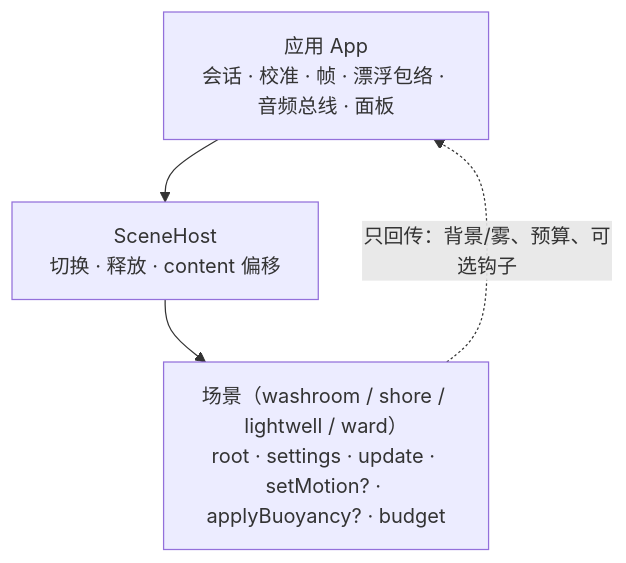
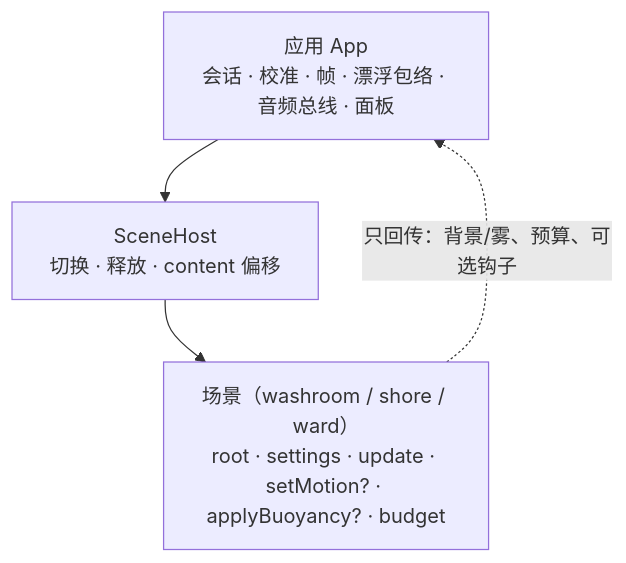
One commit to fire-disposal/quiet-shore-vr changed the diagram in docs/scenes.md. Above: the diagram before and after it, drawn with Mermaid. The commit also changed other lines of this file and 58 other files, not shown here.

````diff
--- a/docs/scenes.md
+++ b/docs/scenes.md
@@ -12,8 +12,8 @@
 ```mermaid
 flowchart TB
   A["应用 App<br/>会话 · 校准 · 帧 · 漂浮包络 · 音频总线 · 面板"]
   B["SceneHost<br/>切换 · 释放 · content 偏移"]
-  S["场景（washroom / shore / lightwell / ward）<br/>root · settings · update · setMotion? · applyBuoyancy? · budget"]
+  S["场景（washroom / shore / ward）<br/>root · settings · update · setMotion? · applyBuoyancy? · budget"]
   A --> B --> S
   S -.->|"只回传：背景/雾、预算、可选钩子"| A
 ```
````
